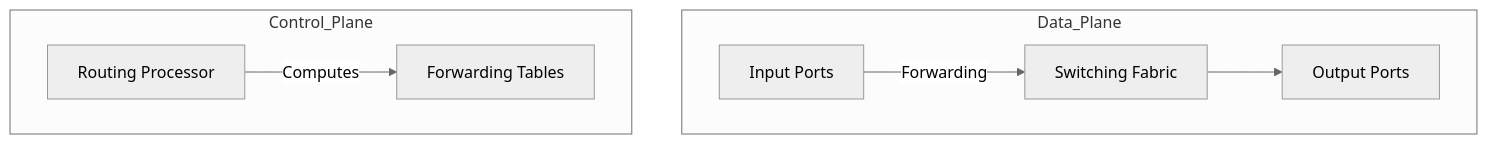
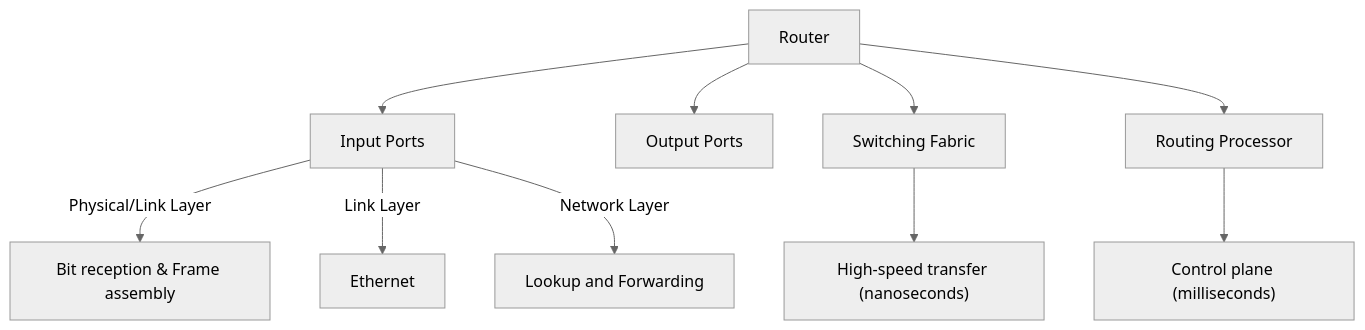
One commit to 2Kronos/Computer-Engineering-Knowledge- changed the first of 2 diagrams in Uni vault/YEAR 3/Network System/Chapters/Chapter 4/CH 4.2.md. Above: the diagram before and after it, drawn with Mermaid (neutral theme). The commit also changed other lines of this file, not shown here.

````diff
--- a/Uni vault/YEAR 3/Network System/Chapters/Chapter 4/CH 4.2.md
+++ b/Uni vault/YEAR 3/Network System/Chapters/Chapter 4/CH 4.2.md
@@ -13,9 +7,12 @@
 ```mermaid  
-flowchart TB  
-    subgraph Data_Plane  
-    A[Input Ports] -->|Forwarding| B[Switching Fabric] --> C[Output Ports]  
-    end  
-    subgraph Control_Plane  
-    D[Routing Processor] -->|Computes| E[Forwarding Tables]  
-    end  
+flowchart TD  
+    A[Router] --> B[Input Ports]  
+    A --> C[Output Ports]  
+    A --> D[Switching Fabric]  
+    A --> E[Routing Processor]  
+    B -->|Physical/Link Layer| F[Bit reception & Frame assembly]  
+    B -->|Link Layer| G[Ethernet]  
+    B -->|Network Layer| J[Lookup and Forwarding] 
+    D --> H["High-speed transfer (nanoseconds)"]  
+    E --> I["Control plane (milliseconds)"]  
 ```  
````
